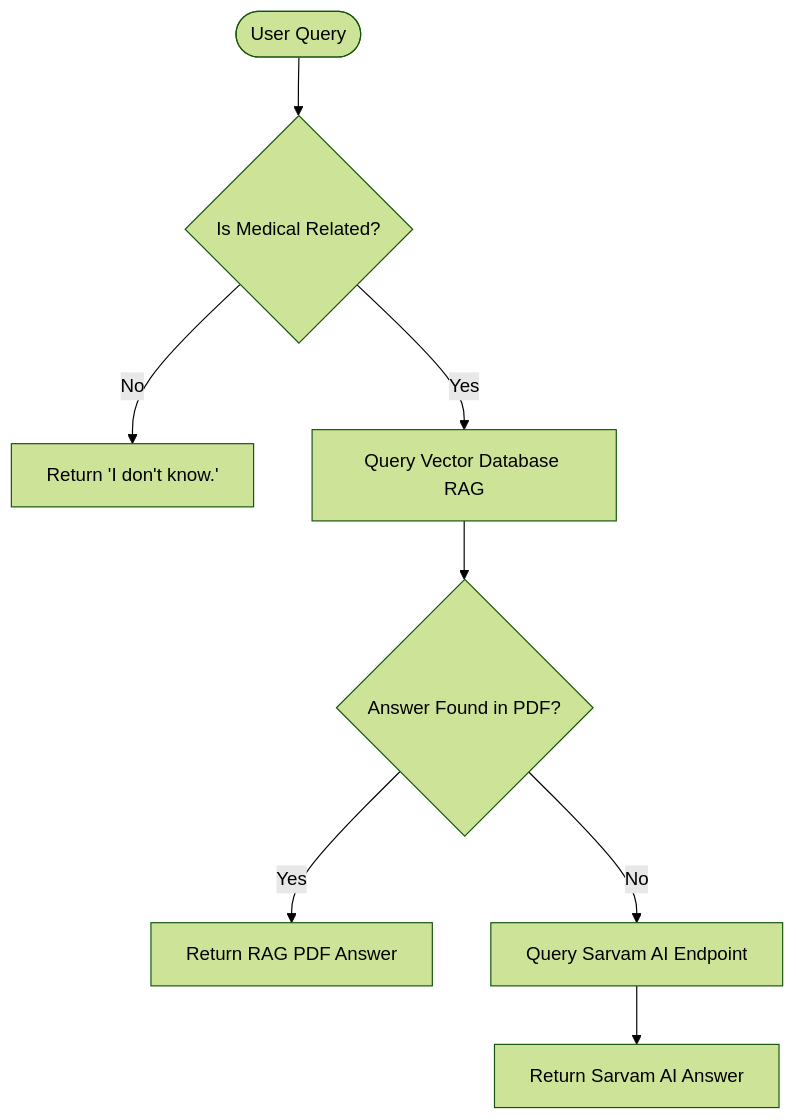
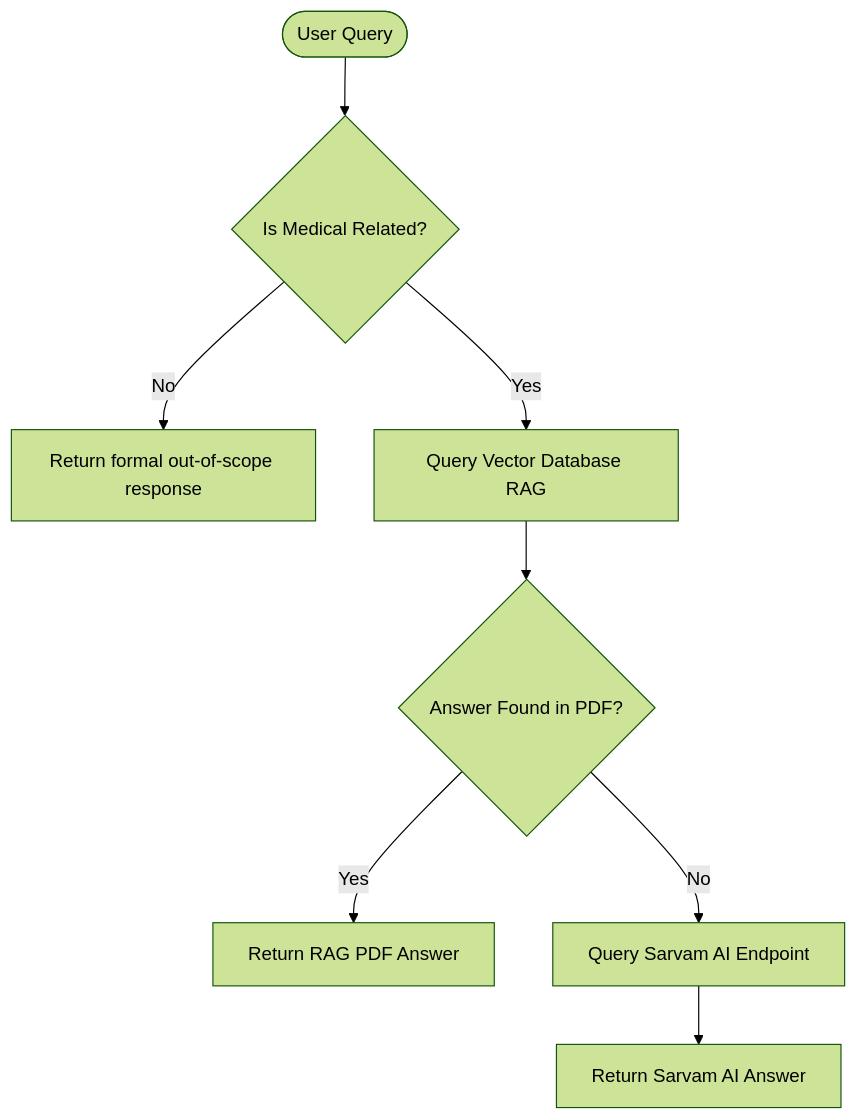
Before and after one commit to Souvik-31/Medical-Chatbot-AI: the diagram in README.md, drawn with Mermaid (forest theme). The commit also changed other lines of this file and 1 other file, not shown here.

Commit message:
chore: update out-of-scope response message and document in README

````diff
--- a/README.md
+++ b/README.md
@@ -30,10 +30,10 @@
 ```mermaid
 graph TD
     A([User Query]) --> B{Is Medical Related?}
-    B -- No --> C[Return 'I don't know.']
+    B -- No --> C[Return formal out-of-scope response]
     B -- Yes --> D[Query Vector Database RAG]
     D --> E{Answer Found in PDF?}
     E -- Yes --> F[Return RAG PDF Answer]
     E -- No --> G[Query Sarvam AI Endpoint]
     G --> H[Return Sarvam AI Answer]
 ```
````
